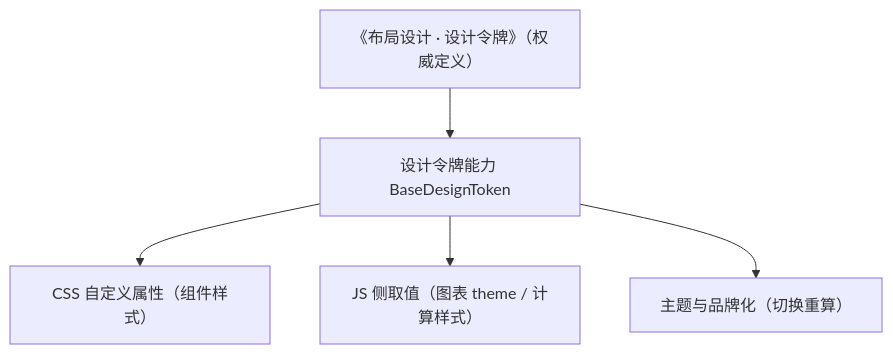
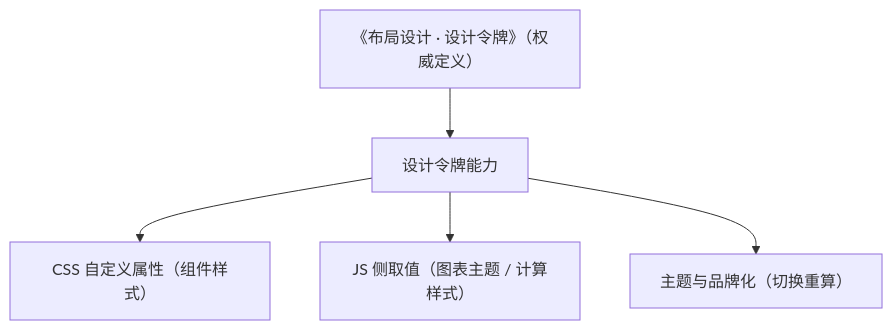
The diagram in bms文档/设计/组件设计/02_基础组件类/02_能力类/24_组件设计_设计令牌能力/24_组件设计_设计令牌能力.md (minjian123/basic-management-system), drawn with Mermaid before and after one commit. The commit also changed other lines of this file and 238 other files, not shown here.

````diff
--- a/bms文档/设计/组件设计/02_基础组件类/02_能力类/24_组件设计_设计令牌能力/24_组件设计_设计令牌能力.md
+++ b/bms文档/设计/组件设计/02_基础组件类/02_能力类/24_组件设计_设计令牌能力/24_组件设计_设计令牌能力.md
@@ -15,7 +16,7 @@
 ```mermaid
 flowchart TD
-    T["设计令牌能力 BaseDesignToken"] --> CSS["CSS 自定义属性（组件样式）"]
-    T --> JS["JS 侧取值（图表 theme / 计算样式）"]
+    T["设计令牌能力"] --> CSS["CSS 自定义属性（组件样式）"]
+    T --> JS["JS 侧取值（图表主题 / 计算样式）"]
     T --> TH["主题与品牌化（切换重算）"]
     DT["《布局设计 · 设计令牌》（权威定义）"] --> T
 ```
````
